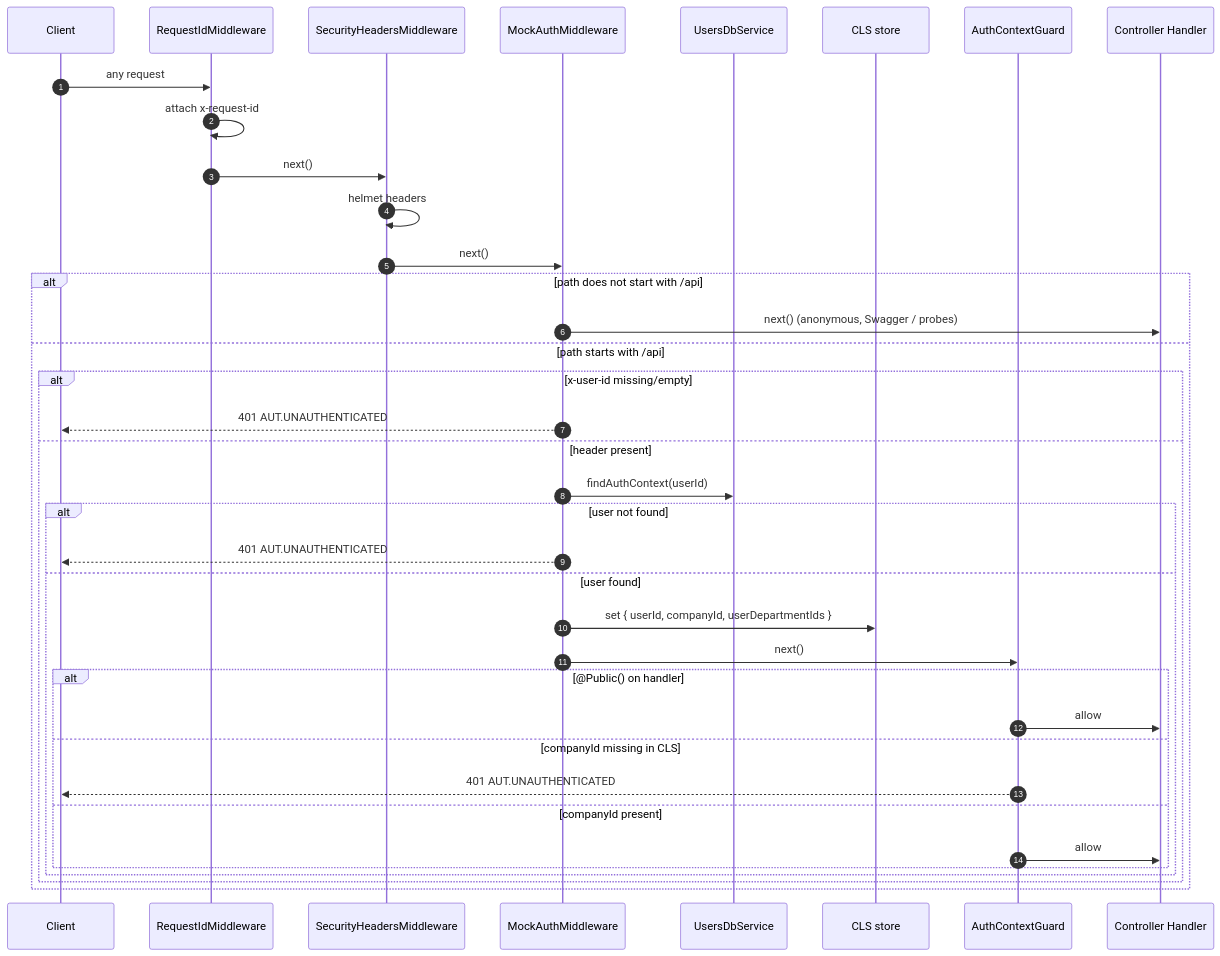
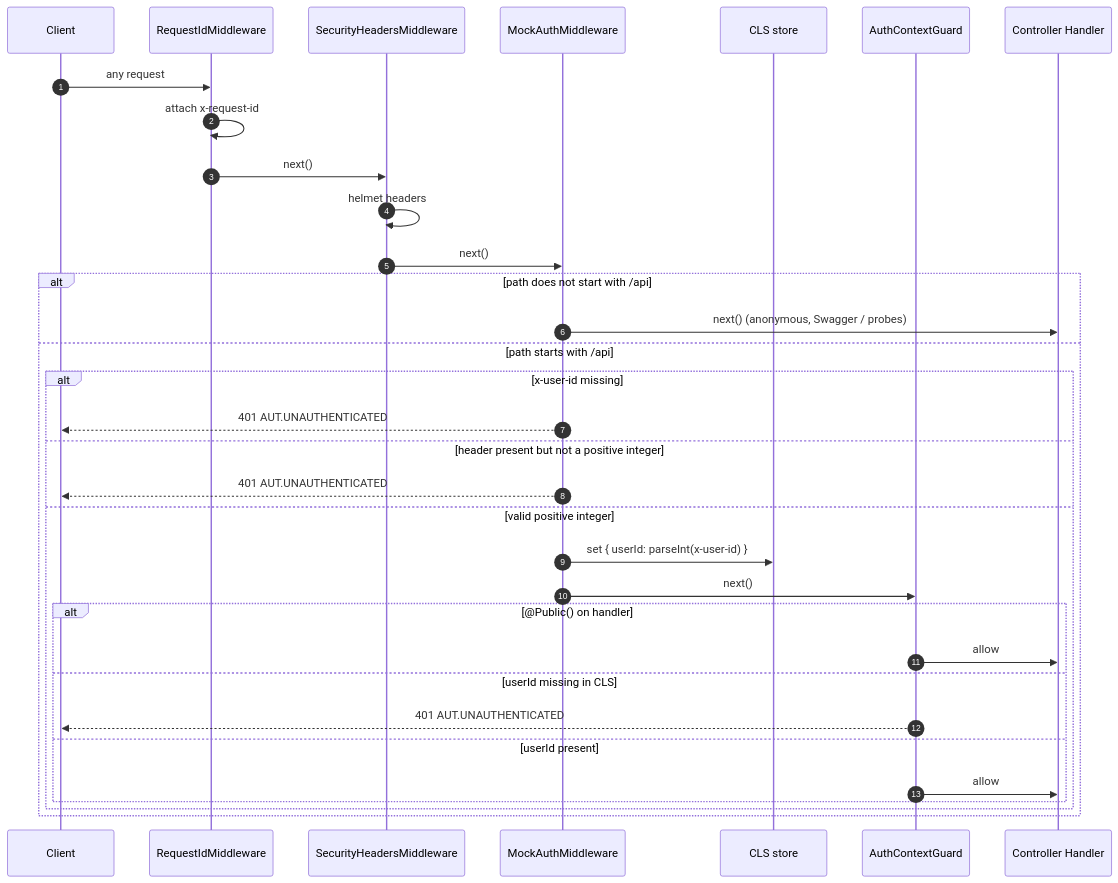
One commit to gauravprwl14/nestjs-boilerplate changed the diagram in docs/architecture/mock-auth-flow.md. Above: the diagram before and after it, drawn with Mermaid. The commit also changed other lines of this file and 25 other files, not shown here.

````diff
--- a/docs/architecture/mock-auth-flow.md
+++ b/docs/architecture/mock-auth-flow.md
@@ -29,40 +31,36 @@
 ```mermaid
 sequenceDiagram
     autonumber
     participant C as Client
     participant ReqId as RequestIdMiddleware
     participant Sec as SecurityHeadersMiddleware
     participant Auth as MockAuthMiddleware
-    participant UDb as UsersDbService
     participant CLS as CLS store
     participant Guard as AuthContextGuard
     participant H as Controller Handler
 
     C->>ReqId: any request
     ReqId->>ReqId: attach x-request-id
     ReqId->>Sec: next()
     Sec->>Sec: helmet headers
     Sec->>Auth: next()
     alt path does not start with /api
         Auth->>H: next()  (anonymous, Swagger / probes)
     else path starts with /api
-        alt x-user-id missing/empty
+        alt x-user-id missing
             Auth-->>C: 401 AUT.UNAUTHENTICATED
-        else header present
-            Auth->>UDb: findAuthContext(userId)
-            alt user not found
-                Auth-->>C: 401 AUT.UNAUTHENTICATED
-            else user found
-                Auth->>CLS: set { userId, companyId, userDepartmentIds }
-                Auth->>Guard: next()
-                alt @Public() on handler
-                    Guard->>H: allow
-                else companyId missing in CLS
-                    Guard-->>C: 401 AUT.UNAUTHENTICATED
-                else companyId present
-                    Guard->>H: allow
-                end
+        else header present but not a positive integer
+            Auth-->>C: 401 AUT.UNAUTHENTICATED
+        else valid positive integer
+            Auth->>CLS: set { userId: parseInt(x-user-id) }
+            Auth->>Guard: next()
+            alt @Public() on handler
+                Guard->>H: allow
+            else userId missing in CLS
+                Guard-->>C: 401 AUT.UNAUTHENTICATED
+            else userId present
+                Guard->>H: allow
             end
         end
     end
 ```
````
